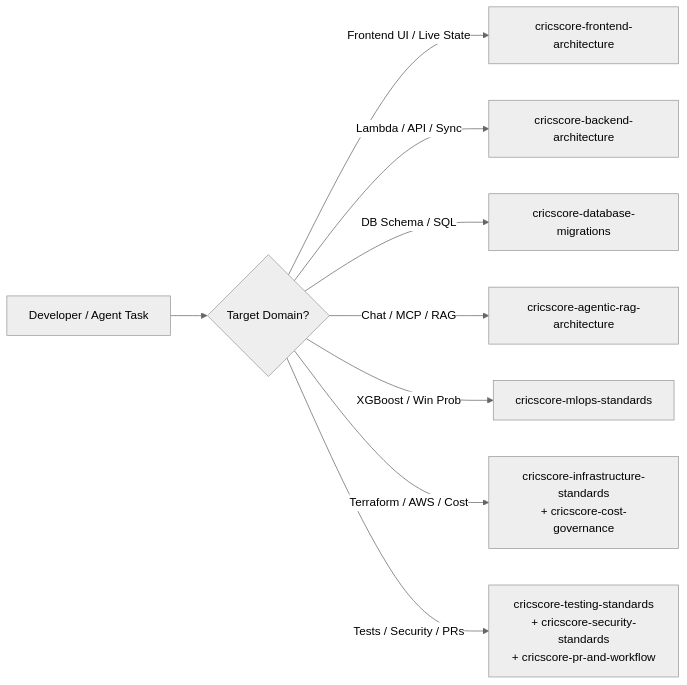
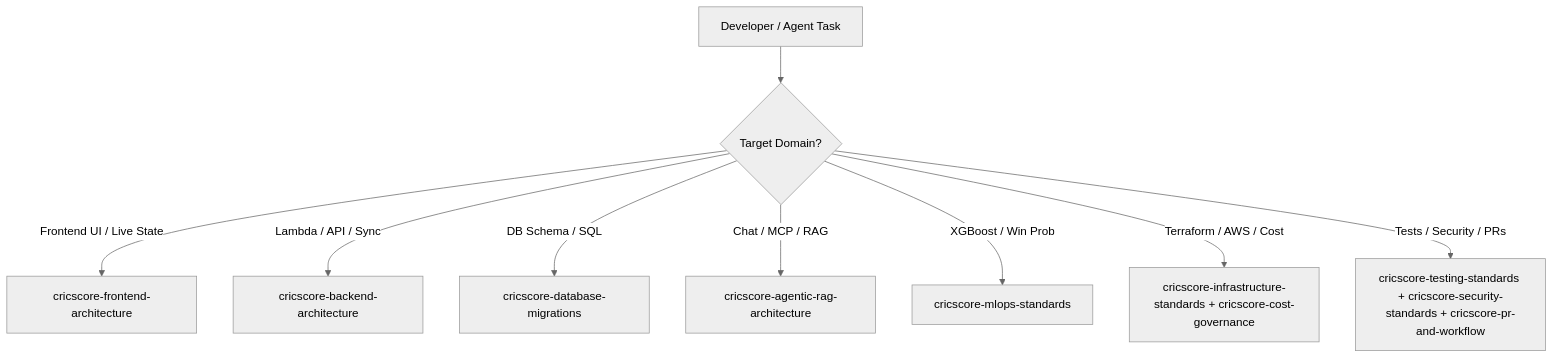
The diagram in docs/agent_skills.md (venkatesh-singamsetty/cricscore), drawn with Mermaid (neutral theme) before and after one commit. The commit also changed other lines of this file and 43 other files, not shown here.

````diff
--- a/docs/agent_skills.md
+++ b/docs/agent_skills.md
@@ -9,11 +9,11 @@
 ```mermaid
-flowchart LR
+flowchart TD
     Task["Developer / Agent Task"] --> Domain{"Target Domain?"}
     Domain -->|Frontend UI / Live State| FE["cricscore-frontend-architecture"]
     Domain -->|Lambda / API / Sync| BE["cricscore-backend-architecture"]
     Domain -->|DB Schema / SQL| DB["cricscore-database-migrations"]
     Domain -->|Chat / MCP / RAG| AI["cricscore-agentic-rag-architecture"]
     Domain -->|XGBoost / Win Prob| ML["cricscore-mlops-standards"]
-    Domain -->|Terraform / AWS / Cost| INFRA["cricscore-infrastructure-standards\n+ cricscore-cost-governance"]
-    Domain -->|Tests / Security / PRs| QA["cricscore-testing-standards\n+ cricscore-security-standards\n+ cricscore-pr-and-workflow"]
+    Domain -->|Terraform / AWS / Cost| INFRA["cricscore-infrastructure-standards + cricscore-cost-governance"]
+    Domain -->|Tests / Security / PRs| QA["cricscore-testing-standards + cricscore-security-standards + cricscore-pr-and-workflow"]
 ```
````
